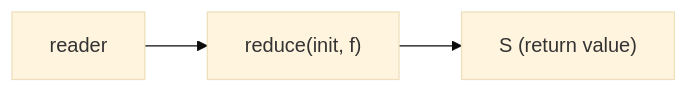
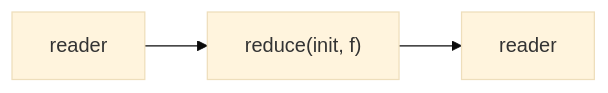
The eighth of 58 diagrams in docs/reference/parts.md (marcelocantos/csp), drawn with Mermaid (base theme) before and after one commit. The commit also changed other lines of this file and 8 other files, not shown here.

First line of the commit message:
Redesign reduce as composable filter; add reader::single()

````diff
--- a/docs/reference/parts.md
+++ b/docs/reference/parts.md
@@ -521,4 +521,4 @@
 ```mermaid
 graph LR
-    A[reader<T>] --> B["reduce(init, f)"] --> C["S (return value)"]
+    A[reader<T>] --> B["reduce(init, f)"] --> C[reader<S>]
 ```
````
